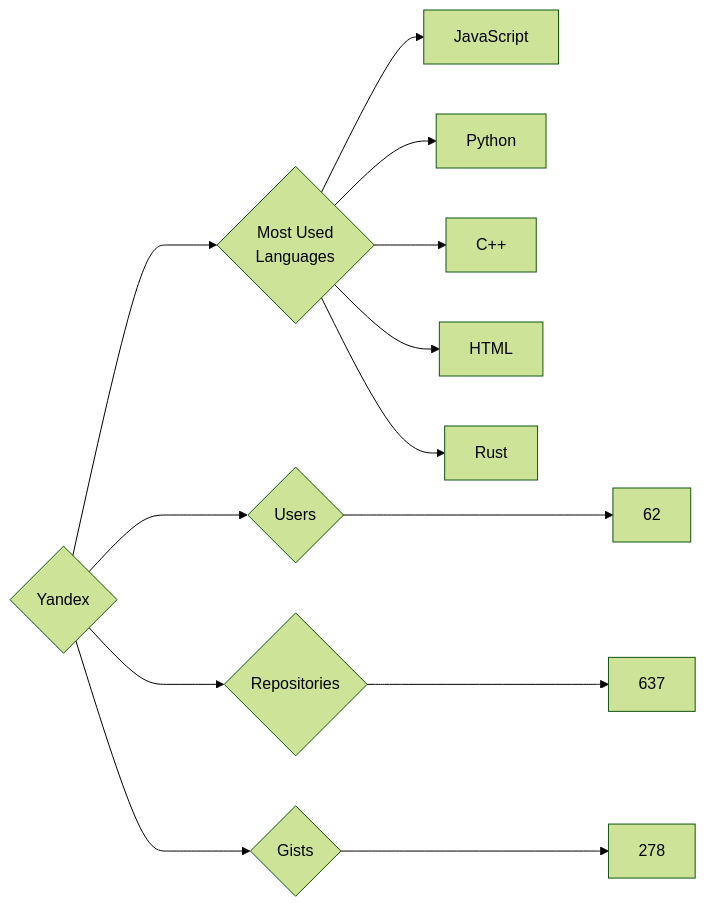
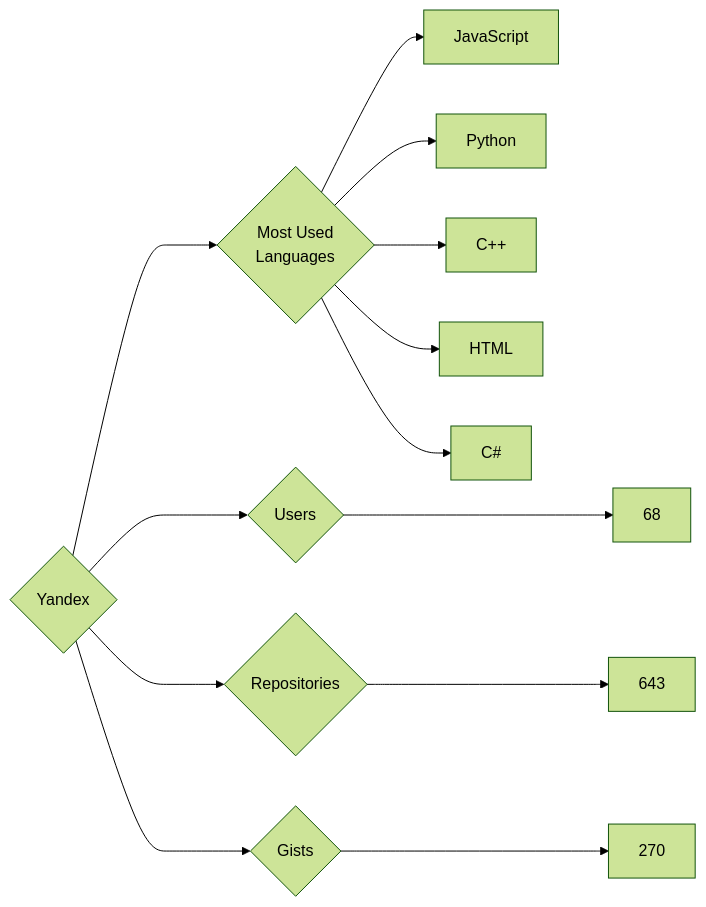
The diagram in targets/Yandex/README.md (trickest/insiders), drawn with Mermaid (forest theme) before and after one commit. The commit also changed 972 other files, not shown here.

````diff
--- a/targets/Yandex/README.md
+++ b/targets/Yandex/README.md
@@ -3,13 +3,13 @@
 ```mermaid
 graph LR
 COMPANY_NAME{Yandex}
-COMPANY_NAME ---> U{Users} ---> UN[62]
-COMPANY_NAME ---> R{Repositories} ---> RN[637]
-COMPANY_NAME ---> G{Gists} ---> GN[278]
+COMPANY_NAME ---> U{Users} ---> UN[68]
+COMPANY_NAME ---> R{Repositories} ---> RN[643]
+COMPANY_NAME ---> G{Gists} ---> GN[270]
 COMPANY_NAME ---> ML{Most Used<br>Languages}
 ML --> JavaScript[JavaScript]
 ML --> Python[Python]
 ML --> C++[C++]
 ML --> HTML[HTML]
-ML --> Rust[Rust]
+ML --> C#[C#]
 ```
````
